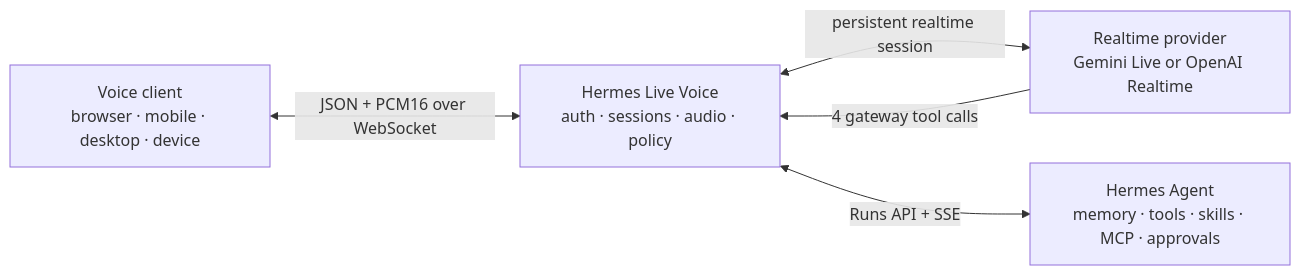
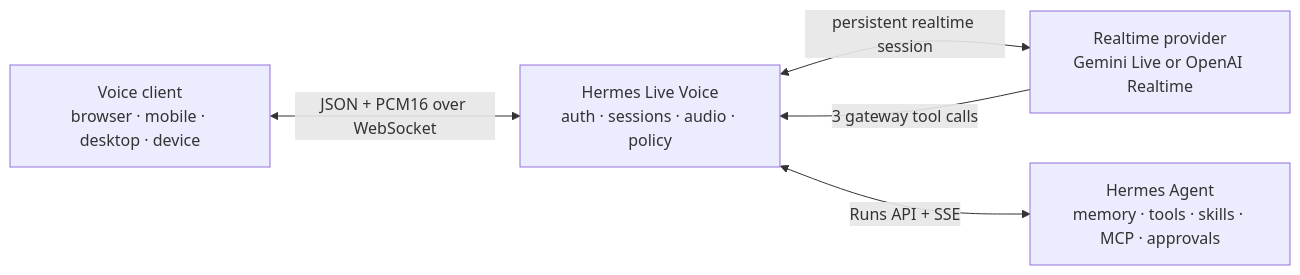
Before and after one commit to bielcarpi/hermes-live-voice: the diagram in README.md, drawn with Mermaid. The commit also changed other lines of this file and 9 other files, not shown here.

````diff
--- a/README.md
+++ b/README.md
@@ -208,12 +234,12 @@
 ```mermaid
 flowchart LR
   C["Voice client<br/>browser · mobile · desktop · device"]
   G["Hermes Live Voice<br/>auth · sessions · audio · policy"]
   R["Realtime provider<br/>Gemini Live or OpenAI Realtime"]
   H["Hermes Agent<br/>memory · tools · skills · MCP · approvals"]
 
   C <-->|"JSON + PCM16 over WebSocket"| G
   G <-->|"persistent realtime session"| R
-  R -->|"4 gateway tool calls"| G
+  R -->|"3 gateway tool calls"| G
   G <-->|"Runs API + SSE"| H
 ```
````
